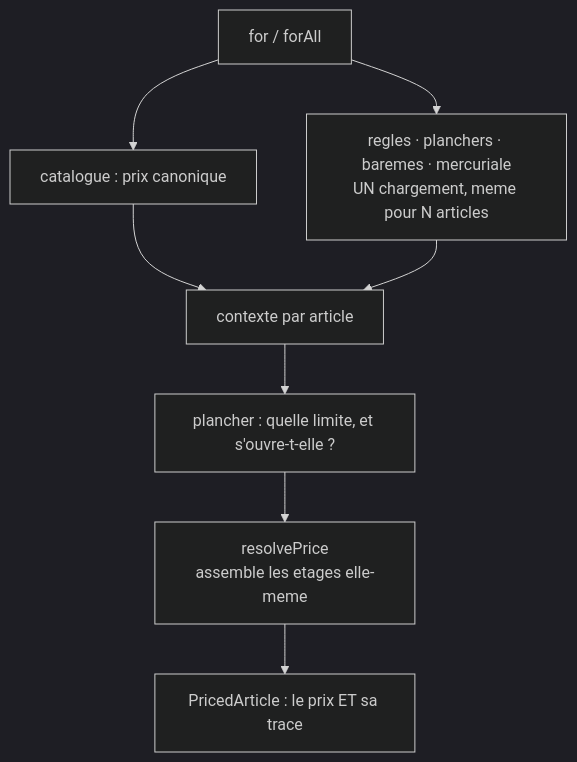
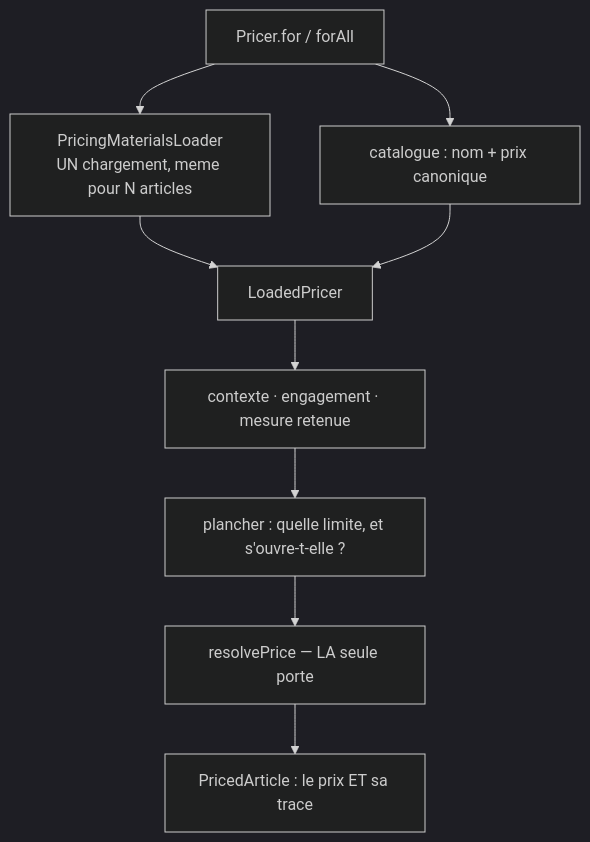
One commit to hugoheynard/lfd changed the diagram in documentation/pricing/architecture-pricer.md. Above: the diagram before and after it, drawn with Mermaid (dark theme). The commit also changed other lines of this file and 4 other files, not shown here.

First line of the commit message:
docs(pricing): comment un prix se fabrique, et le démenti de la façade

````diff
--- a/documentation/pricing/architecture-pricer.md
+++ b/documentation/pricing/architecture-pricer.md
@@ -143,10 +118,11 @@
 ```mermaid
 flowchart TB
-  A["for / forAll"] --> B["catalogue : prix canonique"]
-  A --> C["regles · planchers · baremes · mercuriale<br/>UN chargement, meme pour N articles"]
-  B --> D["contexte par article"]
-  C --> D
-  D --> E["plancher : quelle limite, et s'ouvre-t-elle ?"]
-  E --> F["resolvePrice<br/>assemble les etages elle-meme"]
-  F --> G["PricedArticle : le prix ET sa trace"]
+  A["Pricer.for / forAll"] --> B["catalogue : nom + prix canonique"]
+  A --> C["PricingMaterialsLoader<br/>UN chargement, meme pour N articles"]
+  C --> D["LoadedPricer"]
+  B --> D
+  D --> E["contexte · engagement · mesure retenue"]
+  E --> F["plancher : quelle limite, et s'ouvre-t-elle ?"]
+  F --> G["resolvePrice — LA seule porte"]
+  G --> H["PricedArticle : le prix ET sa trace"]
 ```
````
